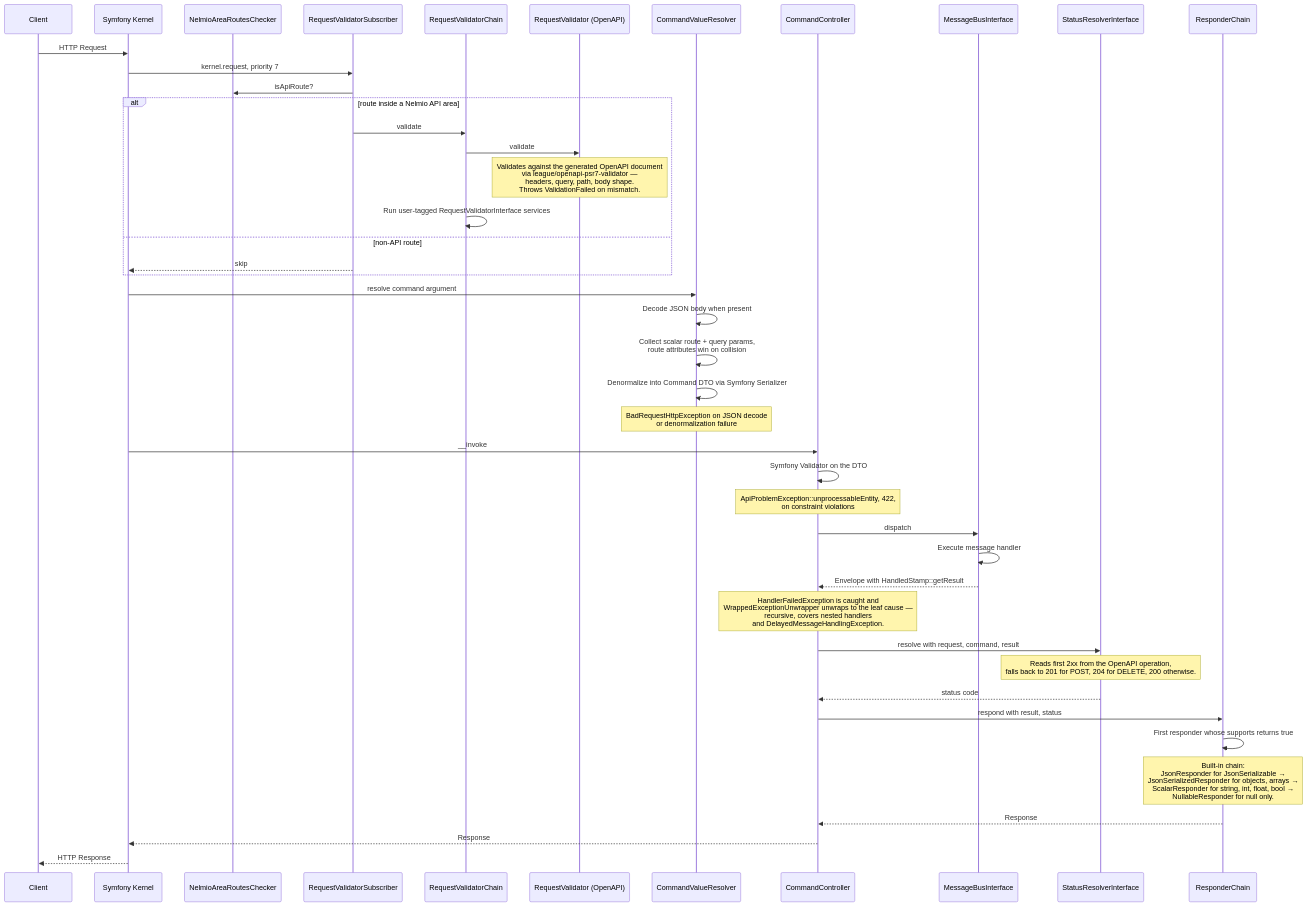
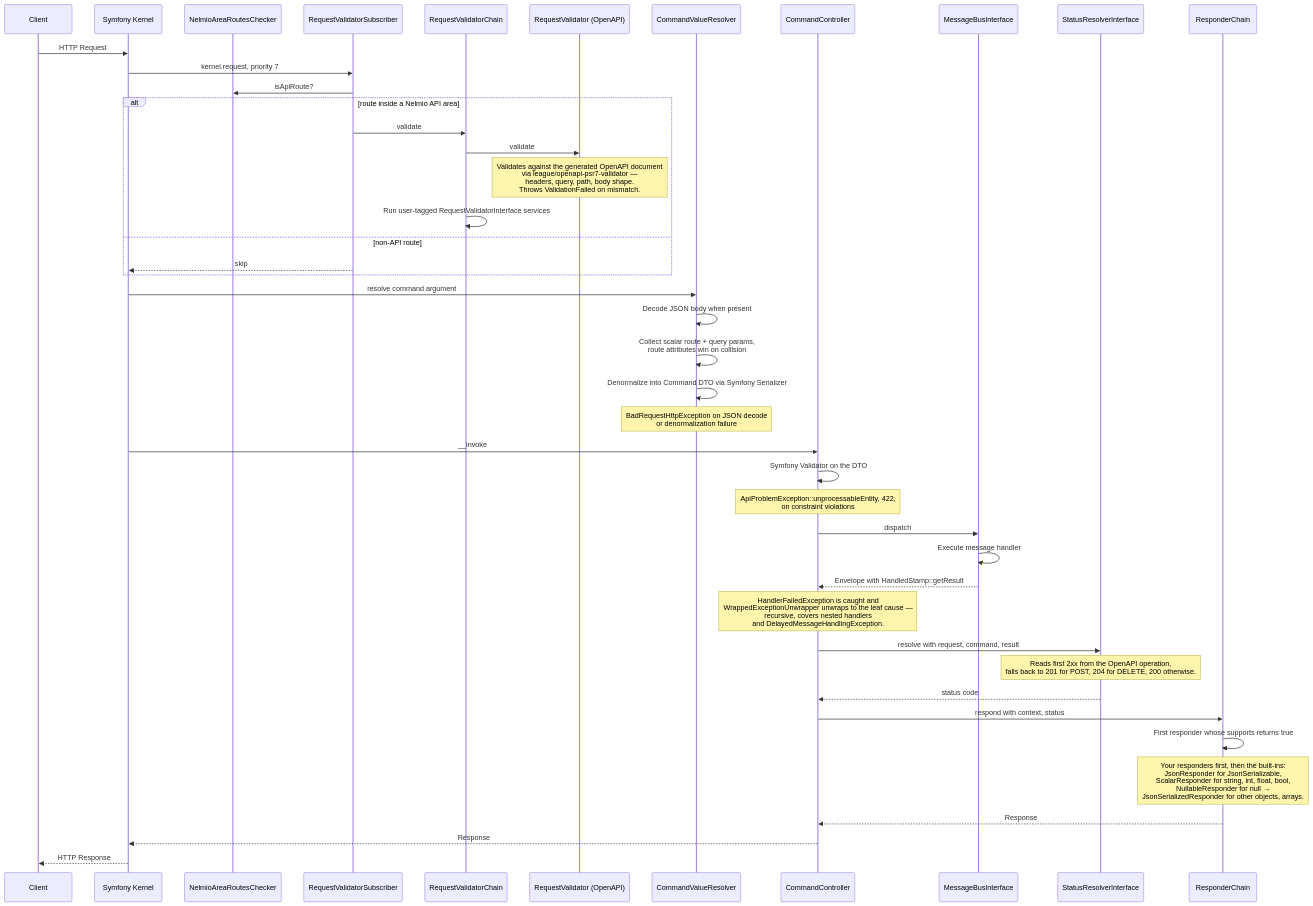
The first of 2 diagrams in docs/command-routing.md (stixx/openapi-command-bundle), drawn with Mermaid before and after one commit. The commit also changed 2 other files, not shown here.

Commit message:
Note fallback responders and the context in the request diagram

````diff
--- a/docs/command-routing.md
+++ b/docs/command-routing.md
@@ -30,51 +30,51 @@
 ```mermaid
 sequenceDiagram
     participant Client
     participant Kernel as Symfony Kernel
     participant Areas as NelmioAreaRoutesChecker
     participant ReqSub as RequestValidatorSubscriber
     participant Chain as RequestValidatorChain
     participant ApiV as RequestValidator (OpenAPI)
     participant Resolver as CommandValueResolver
     participant Controller as CommandController
     participant Bus as MessageBusInterface
     participant Status as StatusResolverInterface
     participant Responder as ResponderChain
 
     Client->>Kernel: HTTP Request
     Kernel->>ReqSub: kernel.request, priority 7
     ReqSub->>Areas: isApiRoute?
     alt route inside a Nelmio API area
         ReqSub->>Chain: validate
         Chain->>ApiV: validate
         Note over ApiV: Validates against the generated OpenAPI document<br/>via league/openapi-psr7-validator —<br/>headers, query, path, body shape.<br/>Throws ValidationFailed on mismatch.
         Chain->>Chain: Run user-tagged RequestValidatorInterface services
     else non-API route
         ReqSub-->>Kernel: skip
     end
 
     Kernel->>Resolver: resolve command argument
     Resolver->>Resolver: Decode JSON body when present
     Resolver->>Resolver: Collect scalar route + query params,<br/>route attributes win on collision
     Resolver->>Resolver: Denormalize into Command DTO via Symfony Serializer
     Note over Resolver: BadRequestHttpException on JSON decode<br/>or denormalization failure
 
     Kernel->>Controller: __invoke
     Controller->>Controller: Symfony Validator on the DTO
     Note over Controller: ApiProblemException::unprocessableEntity, 422,<br/>on constraint violations
 
     Controller->>Bus: dispatch
     Bus->>Bus: Execute message handler
     Bus-->>Controller: Envelope with HandledStamp::getResult
     Note over Controller: HandlerFailedException is caught and<br/>WrappedExceptionUnwrapper unwraps to the leaf cause —<br/>recursive, covers nested handlers<br/>and DelayedMessageHandlingException.
 
     Controller->>Status: resolve with request, command, result
     Note over Status: Reads first 2xx from the OpenAPI operation,<br/>falls back to 201 for POST, 204 for DELETE, 200 otherwise.
     Status-->>Controller: status code
-    Controller->>Responder: respond with result, status
+    Controller->>Responder: respond with context, status
     Responder->>Responder: First responder whose supports returns true
-    Note over Responder: Built-in chain:<br/>JsonResponder for JsonSerializable →<br/>JsonSerializedResponder for objects, arrays →<br/>ScalarResponder for string, int, float, bool →<br/>NullableResponder for null only.
+    Note over Responder: Your responders first, then the built-ins:<br/>JsonResponder for JsonSerializable,<br/>ScalarResponder for string, int, float, bool,<br/>NullableResponder for null →<br/>JsonSerializedResponder for other objects, arrays.
     Responder-->>Controller: Response
     Controller-->>Kernel: Response
     Kernel-->>Client: HTTP Response
 ```
````
